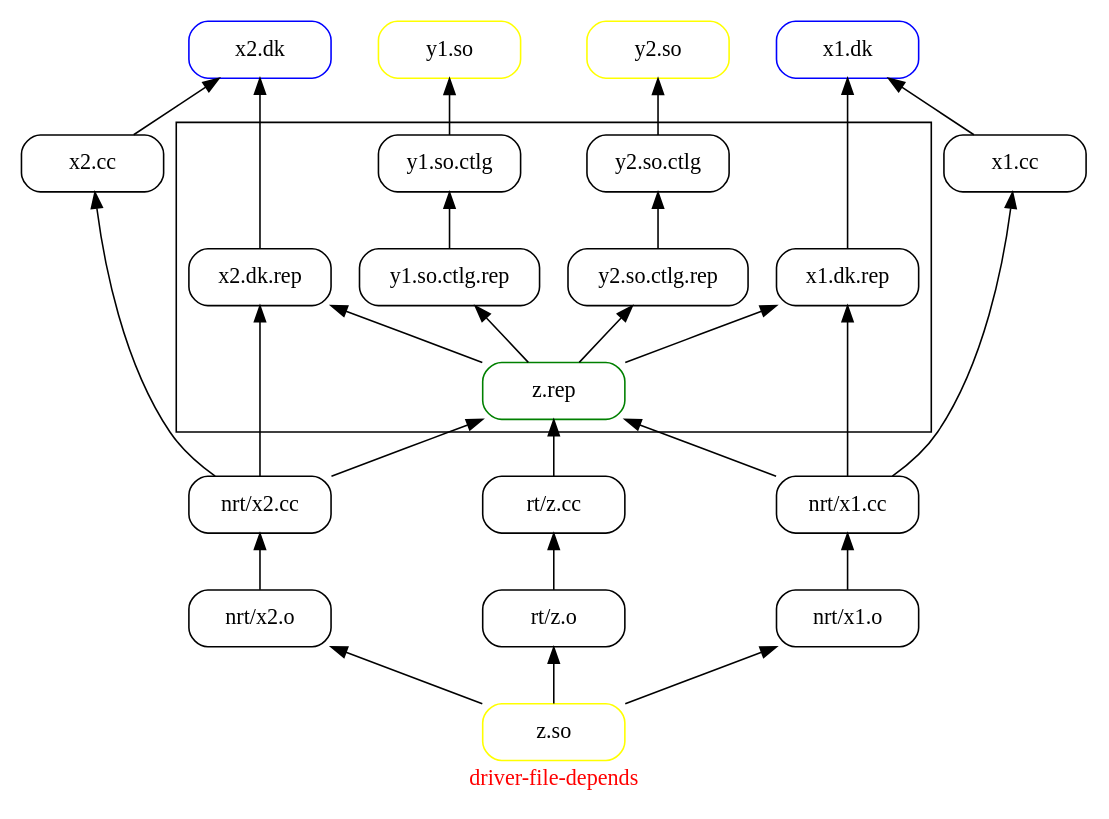
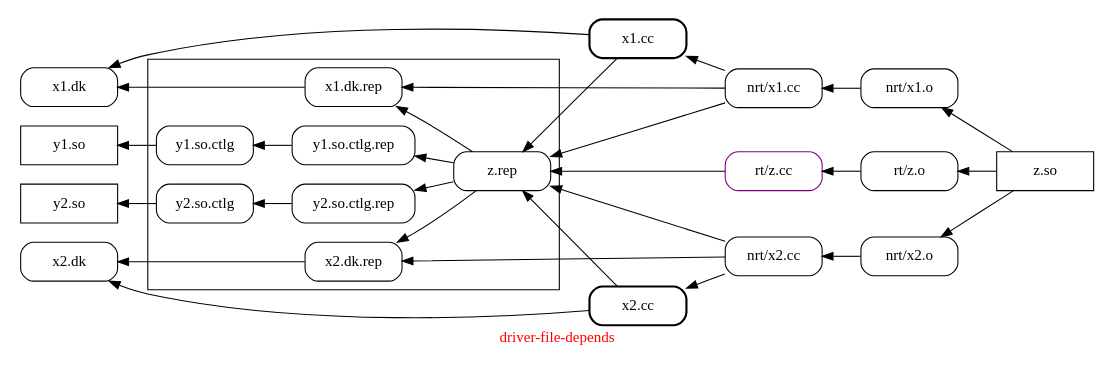
One commit to Ayyzee/dakota changed the diagram in doc/driver-file-depends.dot. Above: the diagram before and after it, drawn with Graphviz. The commit also changed 2 other files, not shown here.

Commit message:
Converted make-file-dependency-graph.l use a nested tbl rather than an array for edges and their attributes.

```diff
--- a/doc/driver-file-depends.dot
+++ b/doc/driver-file-depends.dot
@@ -1,110 +1,115 @@
 // Copyright (C) 2007, 2008, 2009 Robert Nielsen <robert@dakota.org>
 //
 // Licensed under the Apache License, Version 2.0 (the "License");
 // you may not use this file except in compliance with the License.
 // You may obtain a copy of the License at
 //
 //      http://www.apache.org/licenses/LICENSE-2.0
 //
 // Unless required by applicable law or agreed to in writing, software
 // distributed under the License is distributed on an "AS IS" BASIS,
 // WITHOUT WARRANTIES OR CONDITIONS OF ANY KIND, either express or implied.
 // See the License for the specific language governing permissions and
 // limitations under the License.
 
 digraph "driver-file-depends"
 {
   graph [ label = "\G", fontcolor = red ];
-  graph [ rankdir = TB, rotate = 0, center = true,
+  graph [ rankdir = LR, rotate = 0, center = true,
         page = "8.5,11", size = "7.5,10" ];
   edge [ dir = back ];
   node [ shape = box, style = rounded, width = "1.25" ];
 
+  "x1.cc" [ style = "rounded,bold" ];
+  "x2.cc" [ style = "rounded,bold" ];
+  
   subgraph "cluster-detail"
   {
     graph [ label = "" ];
 
     "y1.so.ctlg" -> "y1.so.ctlg.rep";
     "y2.so.ctlg" -> "y2.so.ctlg.rep";
 
     "y1.so.ctlg.rep" -> "z.rep";
     "y2.so.ctlg.rep" -> "z.rep";
 
     "x1.dk.rep" -> "z.rep";
     "x2.dk.rep" -> "z.rep";
 
-    "z.rep" [ color = green ];
+    "rt/z.cc" [ color = purple ];
 
     {
       rank = same;
       "y1.so.ctlg";
       "y2.so.ctlg";
     }
     {
       rank = same;
       "x1.dk.rep";
       "x2.dk.rep";
       "y1.so.ctlg.rep";
       "y2.so.ctlg.rep";
     }
   }
 
   "x1.dk" -> "x1.dk.rep" [ weight = 2 ];
   "x2.dk" -> "x2.dk.rep" [ weight = 2 ];
 
   "x1.dk" -> "x1.cc";
   "x2.dk" -> "x2.cc";
+  "z.rep" -> "x1.cc";
+  "z.rep" -> "x2.cc";
 
   "x1.cc" -> "nrt/x1.cc";
   "x2.cc" -> "nrt/x2.cc";
 
   "y1.so" -> "y1.so.ctlg"
   "y2.so" -> "y2.so.ctlg"
 
   "z.rep" -> "nrt/x1.cc";
   "z.rep" -> "nrt/x2.cc";
   "z.rep" -> "rt/z.cc";
 
   "x1.dk.rep" -> "nrt/x1.cc" [ weight = 2 ];
   "x2.dk.rep" -> "nrt/x2.cc" [ weight = 2 ];
 
   "nrt/x1.cc" -> "nrt/x1.o" [ weight = 2 ];
   "nrt/x2.cc" -> "nrt/x2.o" [ weight = 2 ];
   "rt/z.cc" -> "rt/z.o";
 
   "nrt/x1.o" -> "z.so";
   "nrt/x2.o" -> "z.so";
   "rt/z.o" ->  "z.so";
 
-  "x1.dk" [ color = blue ];
-  "x2.dk" [ color = blue ];
+  "x1.dk";
+  "x2.dk";
 
-  "y1.so" [ color = yellow ];
-  "y2.so" [ color = yellow ];
-  "z.so"  [ color = yellow ];
+  "y1.so" [ style = none ];
+  "y2.so" [ style = none ];
+  "z.so"  [ style = none ];
 
   {
     rank = same;
     "x1.cc";
     "x2.cc";
   }
   {
     rank = same;
     "x1.dk";
     "x2.dk";
     "y1.so";
     "y2.so";
   }
   {
     rank = same;
     "nrt/x1.cc";
     "nrt/x2.cc";
     "rt/z.cc";
   }
   {
     rank = same;
     "nrt/x1.o";
     "nrt/x2.o";
     "rt/z.o";
   }
 }
```
